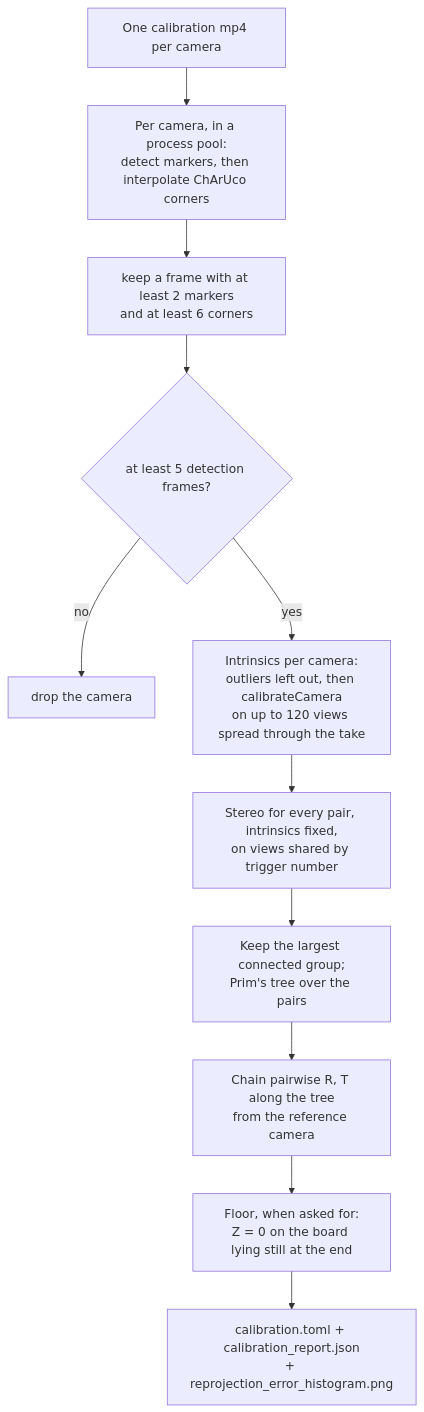
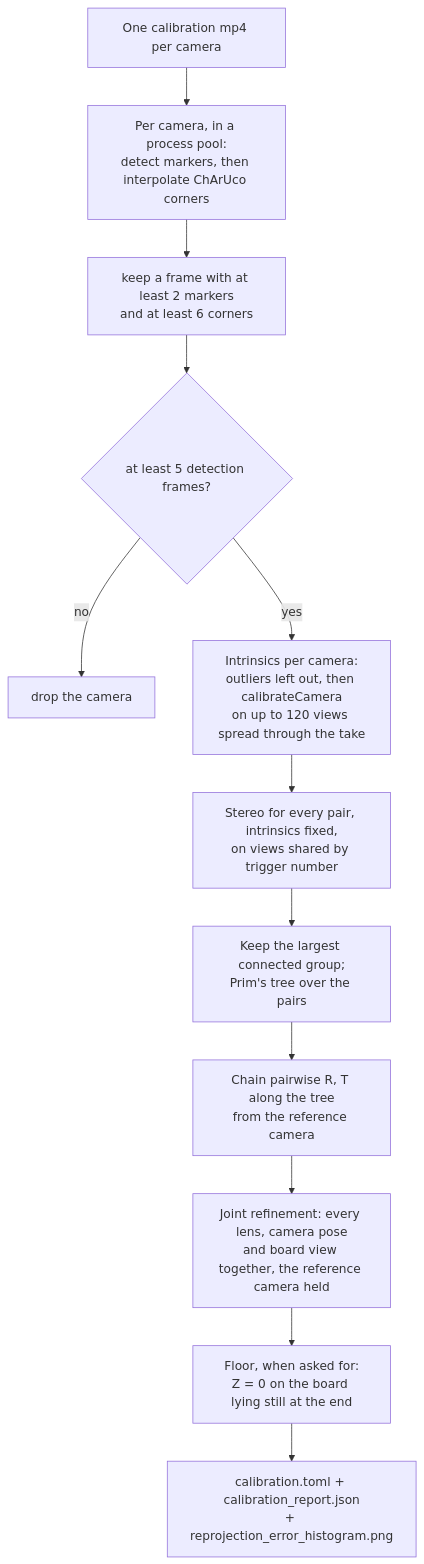
Before and after one commit to talmolab/panopticon: the sixth of 6 diagrams in docs/INTERNALS.md, drawn with Mermaid. The commit also changed other lines of this file and 4 other files, not shown here.

````diff
--- a/docs/INTERNALS.md
+++ b/docs/INTERNALS.md
@@ -1515,13 +1515,14 @@
 ```mermaid
 flowchart TD
   V["One calibration mp4 per camera"] --> D["Per camera, in a process pool:<br>detect markers, then interpolate ChArUco corners"]
   D --> F["keep a frame with at least 2 markers<br>and at least 6 corners"]
   F --> ACT{"at least 5 detection frames?"}
   ACT -->|"no"| X["drop the camera"]
   ACT -->|"yes"| I["Intrinsics per camera:<br>outliers left out, then calibrateCamera<br>on up to 120 views spread through the take"]
   I --> PW["Stereo for every pair, intrinsics fixed,<br>on views shared by trigger number"]
   PW --> G["Keep the largest connected group;<br>Prim's tree over the pairs"]
   G --> CH["Chain pairwise R, T along the tree<br>from the reference camera"]
-  CH --> FL["Floor, when asked for:<br>Z = 0 on the board lying still at the end"]
+  CH --> RF["Joint refinement: every lens, camera pose<br>and board view together, the reference camera held"]
+  RF --> FL["Floor, when asked for:<br>Z = 0 on the board lying still at the end"]
   FL --> T["calibration.toml + calibration_report.json<br>+ reprojection_error_histogram.png"]
 ```
````
